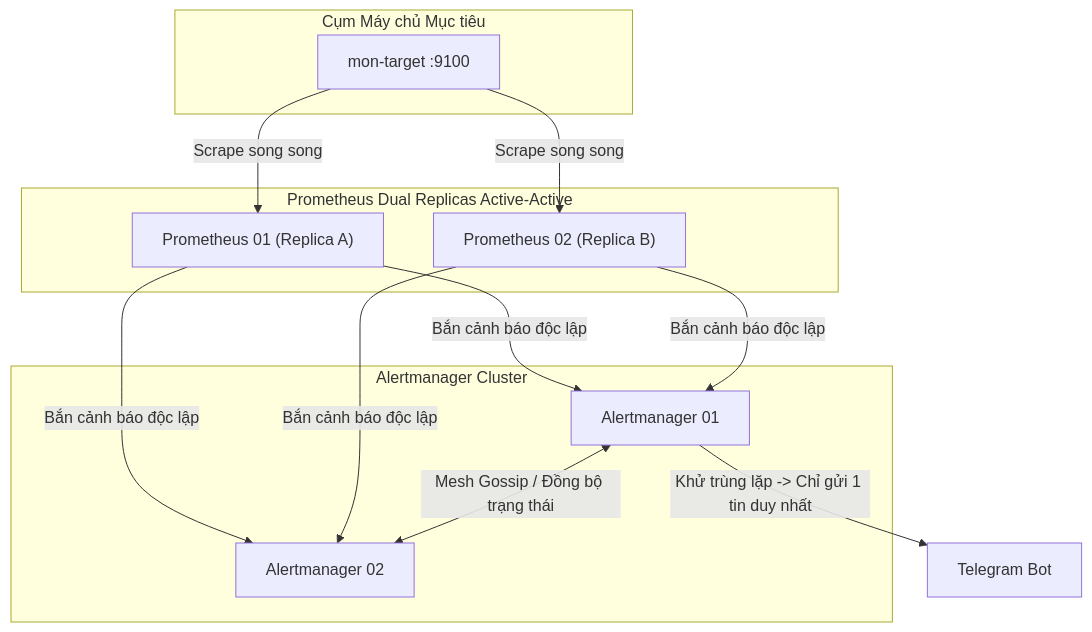
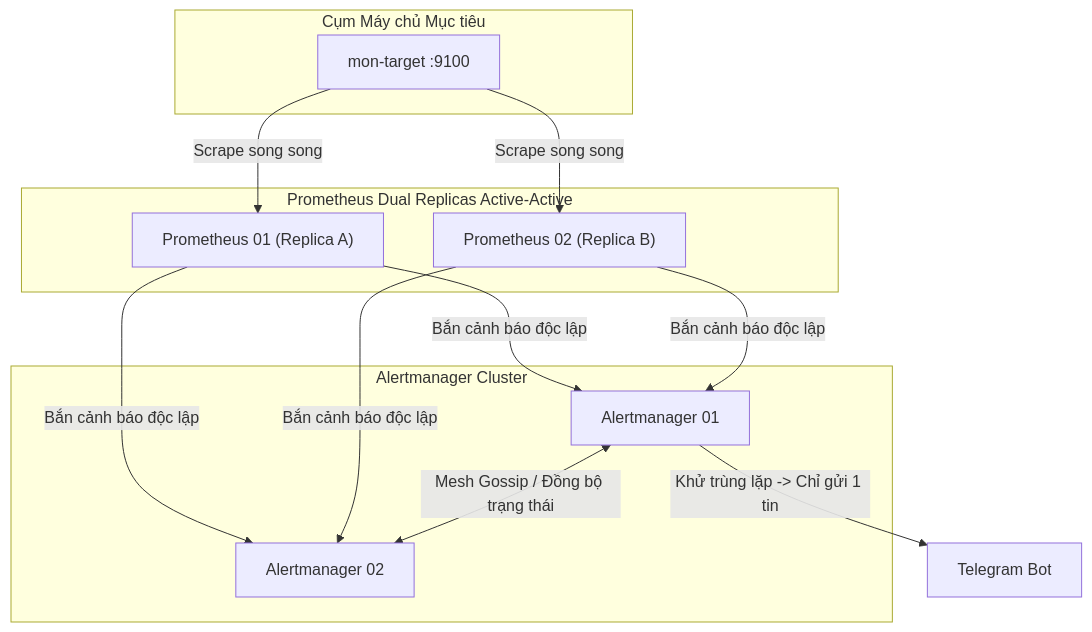
Before and after one commit to DucPham-it/linux_op_lab1: the fourth of 11 diagrams in report.md, drawn with Mermaid. The commit also changed other lines of this file, not shown here.

Commit message:
fix(report): fix LaTeX underscore math error and quote Mermaid diagram labels for GitHub rendering

````diff
--- a/report.md
+++ b/report.md
@@ -473,27 +473,27 @@
 ```mermaid
 flowchart TD
-    subgraph Target_Cluster [Cụm Máy chủ Mục tiêu]
-        Target[mon-target :9100]
+    subgraph Target_Cluster ["Cụm Máy chủ Mục tiêu"]
+        Target["mon-target :9100"]
     end
 
-    subgraph HA_Prometheus [Prometheus Dual Replicas Active-Active]
+    subgraph HA_Prometheus ["Prometheus Dual Replicas Active-Active"]
         Prom1["Prometheus 01 (Replica A)"]
         Prom2["Prometheus 02 (Replica B)"]
     end
 
-    subgraph Deduplication_Layer [Alertmanager Cluster]
+    subgraph Deduplication_Layer ["Alertmanager Cluster"]
         AM1["Alertmanager 01"]
         AM2["Alertmanager 02"]
     end
 
     Target -->|Scrape song song| Prom1
     Target -->|Scrape song song| Prom2
 
     Prom1 -->|Bắn cảnh báo độc lập| AM1
     Prom1 -->|Bắn cảnh báo độc lập| AM2
     Prom2 -->|Bắn cảnh báo độc lập| AM1
     Prom2 -->|Bắn cảnh báo độc lập| AM2
 
     AM1 <-->|Mesh Gossip / Đồng bộ trạng thái| AM2
-    AM1 -->|Khử trùng lặp -> Chỉ gửi 1 tin duy nhất| Telegram[Telegram Bot]
+    AM1 -->|Khử trùng lặp -> Chỉ gửi 1 tin| Telegram["Telegram Bot"]
 ```
````
